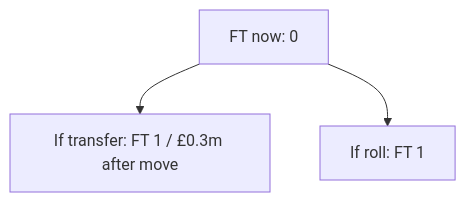
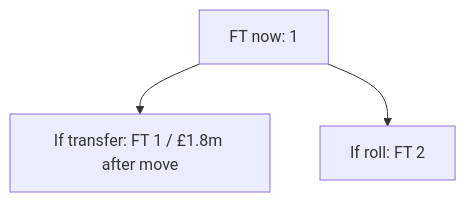
One commit to domagojpoljancic/FPLexpert changed the third of 4 diagrams in reports/plan-gw4.md. Above: the diagram before and after it, drawn with Mermaid. The commit also changed other lines of this file and 3 other files, not shown here.

````diff
--- a/reports/plan-gw4.md
+++ b/reports/plan-gw4.md
@@ -46,8 +46,8 @@
 ```mermaid
 flowchart TD
-    N0["FT now: 0"]
-    N1["If transfer: FT 1 / £0.3m after move"]
-    N2["If roll: FT 1"]
+    N0["FT now: 1"]
+    N1["If transfer: FT 1 / £1.8m after move"]
+    N2["If roll: FT 2"]
     N0 --> N1
     N0 --> N2
 ```
````
